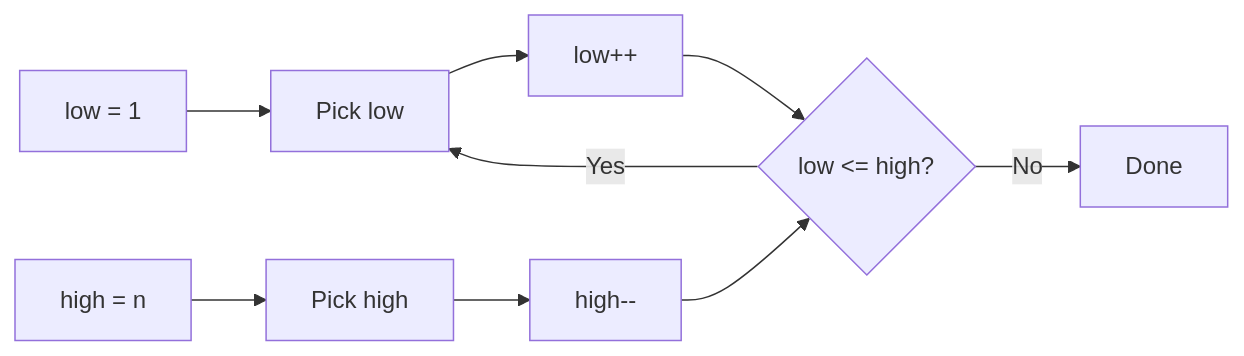
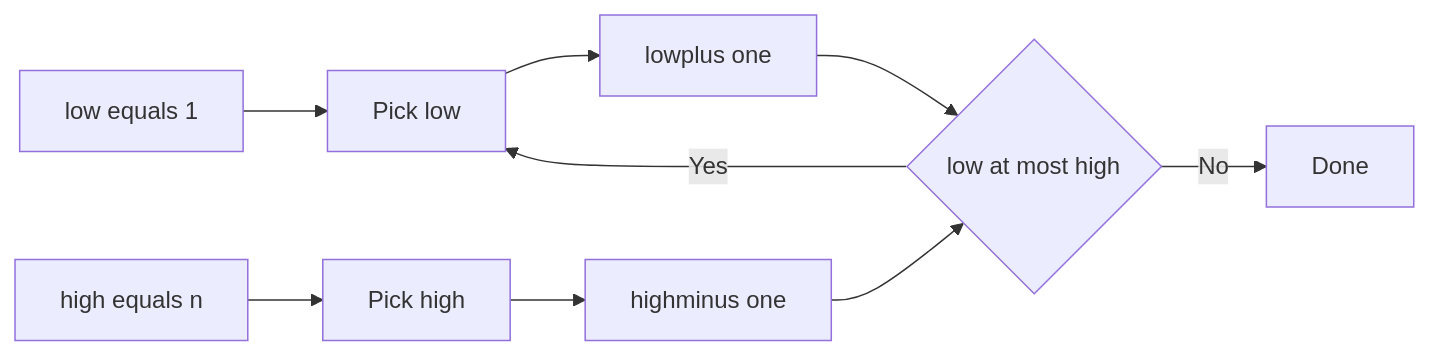
One commit to mthaiseer/springcloud-systemdesign-notes changed the eighth of 25 diagrams in CP_DSA_NOTES/002_CONCEPT_FRAMEWORK_FORMS_TATICS/011_CONTRUCTIVE_ALGORITHMS_CFFT.md. Above: the diagram before and after it, drawn with Mermaid. The commit also changed other lines of this file and 1 other file, not shown here.

````diff
--- a/CP_DSA_NOTES/002_CONCEPT_FRAMEWORK_FORMS_TATICS/011_CONTRUCTIVE_ALGORITHMS_CFFT.md
+++ b/CP_DSA_NOTES/002_CONCEPT_FRAMEWORK_FORMS_TATICS/011_CONTRUCTIVE_ALGORITHMS_CFFT.md
@@ -529,11 +524,11 @@
 ```mermaid
 flowchart LR
-    A[low = 1] --> C[Pick low]
-    B[high = n] --> D[Pick high]
-    C --> E[low++]
-    D --> F[high--]
-    E --> G{low <= high?}
+    A["low equals 1"] --> C["Pick low"]
+    B["high equals n"] --> D["Pick high"]
+    C --> E["lowplus one"]
+    D --> F["highminus one"]
+    E --> G{"low at most high"}
     F --> G
     G -->|Yes| C
-    G -->|No| H[Done]
+    G -->|No| H["Done"]
 ```
````
